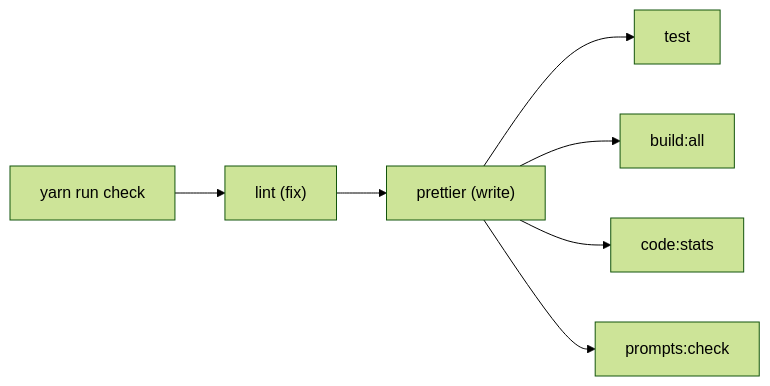
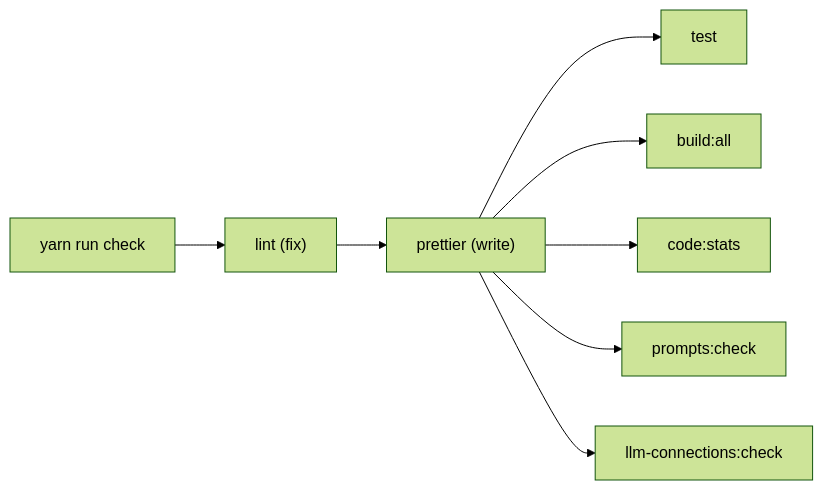
One commit to BASIC-BIT/meeting-notes-discord-bot changed the first of 4 diagrams in README.md. Above: the diagram before and after it, drawn with Mermaid (forest theme). The commit also changed other lines of this file and 40 other files, not shown here.

````diff
--- a/README.md
+++ b/README.md
@@ -59,9 +69,10 @@
 ```mermaid
 flowchart LR
   A["yarn run check"] --> B["lint (fix)"]
   B --> C["prettier (write)"]
   C --> D["test"]
   C --> E["build:all"]
   C --> F["code:stats"]
   C --> G["prompts:check"]
+  C --> H["llm-connections:check"]
 ```
````
